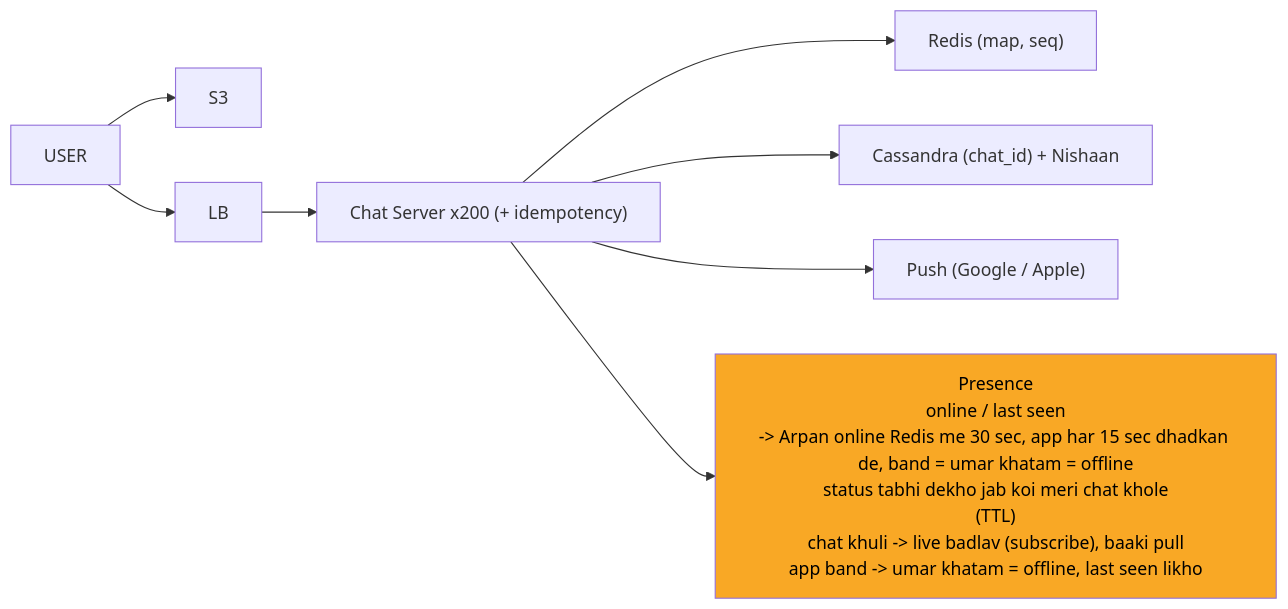
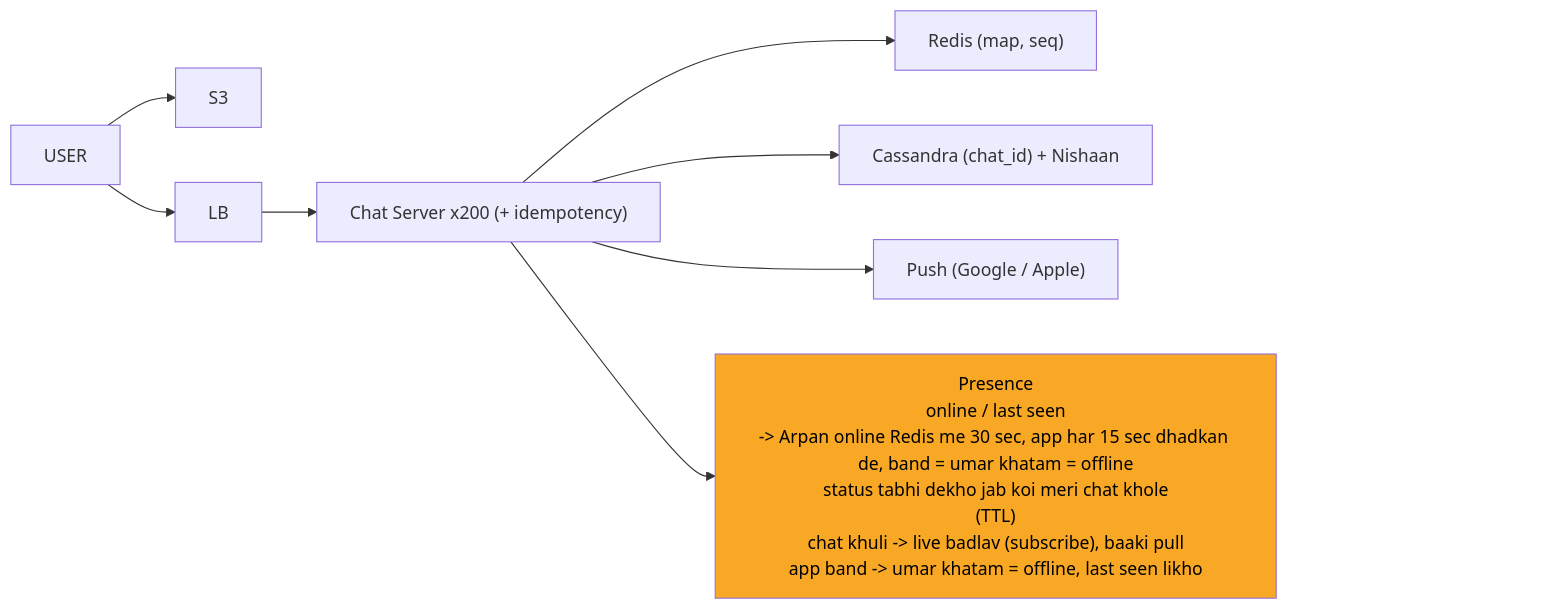
Before and after one commit to ArpanMaheshwari144/Prep: diagram 11 of 12 in 04_HLD/SYSTEM_DESIGNS/14_chat_messaging/14_chat_messaging.md, drawn with Mermaid. The commit also changed other lines of this file and 13 other files, not shown here.

Commit message:
hld 14 file: har diagram ke daayein andekha dabba, zoom button asli dabbe pe na aaye

````diff
--- a/04_HLD/SYSTEM_DESIGNS/14_chat_messaging/14_chat_messaging.md
+++ b/04_HLD/SYSTEM_DESIGNS/14_chat_messaging/14_chat_messaging.md
@@ -475,20 +505,23 @@
 ```mermaid
 %%{init: {"flowchart": {"wrappingWidth": 450}}}%%
 flowchart LR
     n_S3["S3"]
     n_U["USER"]
     n_LB["LB"]
     n_CS["Chat Server x200 (+ idempotency)"]
     n_R["Redis (map, seq)"]
     n_CA["Cassandra (chat_id) + Nishaan"]
     n_P["Push (Google / Apple)"]
     n_PR["Presence<br/>online / last seen<br/>-> Arpan online Redis me 30 sec, app har 15 sec dhadkan de, band = umar khatam = offline<br/>status tabhi dekho jab koi meri chat khole<br/>(TTL)<br/>chat khuli -> live badlav (subscribe), baaki pull<br/>app band -> umar khatam = offline, last seen likho"]
     n_U --> n_S3
     n_U --> n_LB
     n_LB --> n_CS
     n_CS --> n_R
     n_CS --> n_CA
     n_CS --> n_P
     n_CS --> n_PR
+    n_pad["xxxxxxxxxxxxxxxx"]
+    n_PR ~~~ n_pad
     style n_PR fill:#f9a825,color:#000
+    style n_pad fill:none,stroke:none,color:#ffffff00
 ```
````
